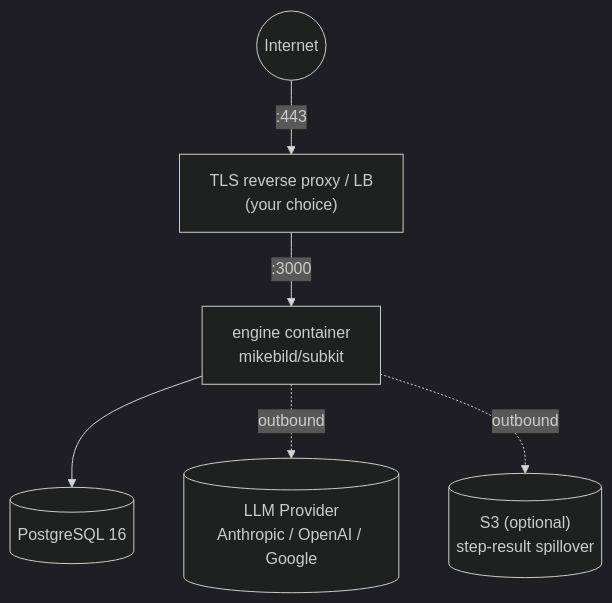
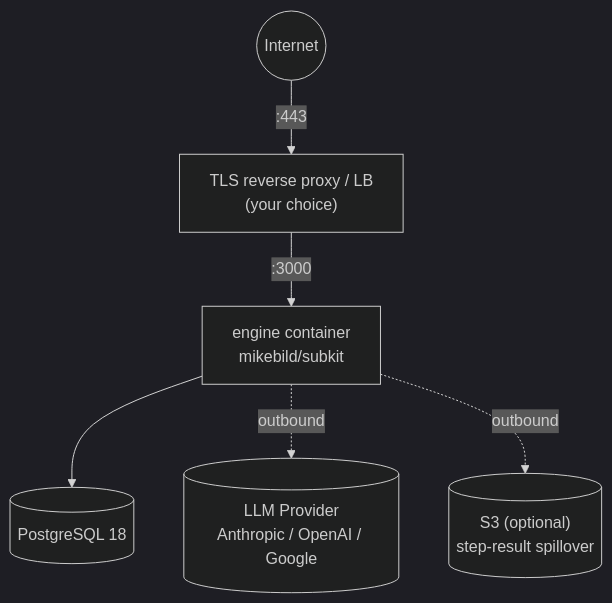
Before and after one commit to MikeBild/subkit: the first of 2 diagrams in docs/08-operations.md, drawn with Mermaid (dark theme). The commit also changed 8 other files, not shown here.

First line of the commit message:
chore(docker): upgrade bundled PostgreSQL 16 → 18 (v7.3.0)

````diff
--- a/docs/08-operations.md
+++ b/docs/08-operations.md
@@ -22,15 +22,15 @@
 ```mermaid
 flowchart TB
     Internet(("Internet"))
     Proxy["TLS reverse proxy / LB<br/>(your choice)"]
     Engine["engine container<br/>mikebild/subkit"]
-    PG[("PostgreSQL 16")]
+    PG[("PostgreSQL 18")]
     LLM[("LLM Provider<br/>Anthropic / OpenAI / Google")]
     S3[("S3 (optional)<br/>step-result spillover")]
 
     Internet -- :443 --> Proxy
     Proxy -- :3000 --> Engine
     Engine --> PG
     Engine -. outbound .-> LLM
     Engine -. outbound .-> S3
 ```
````
